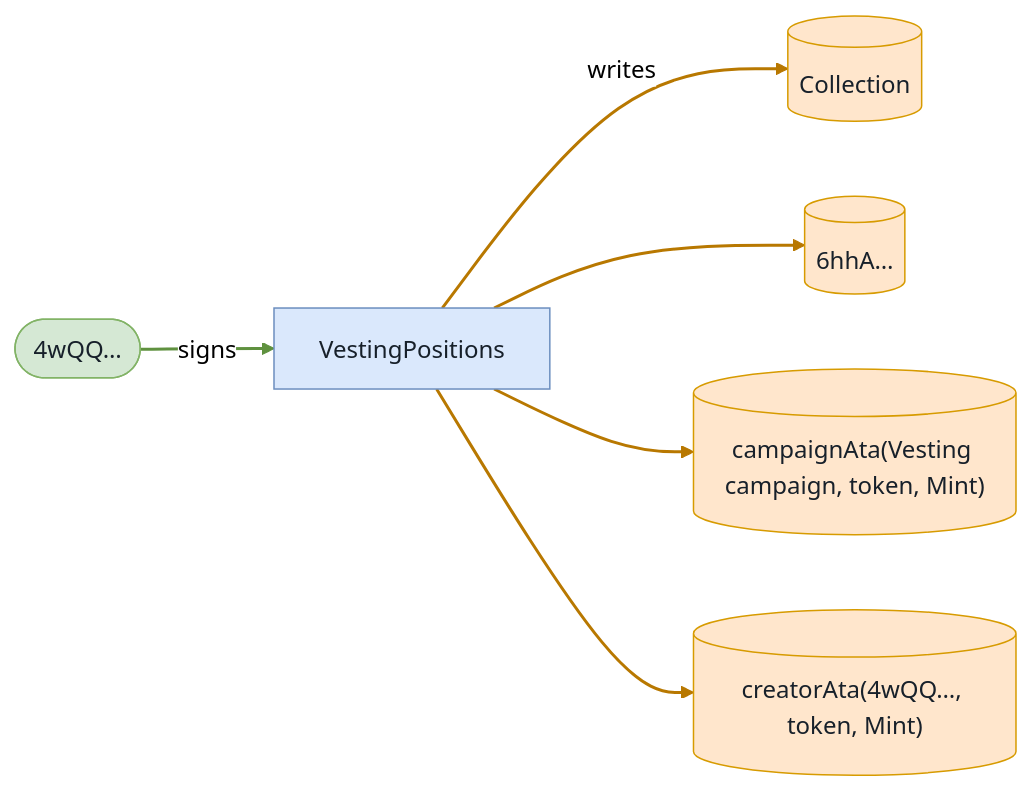
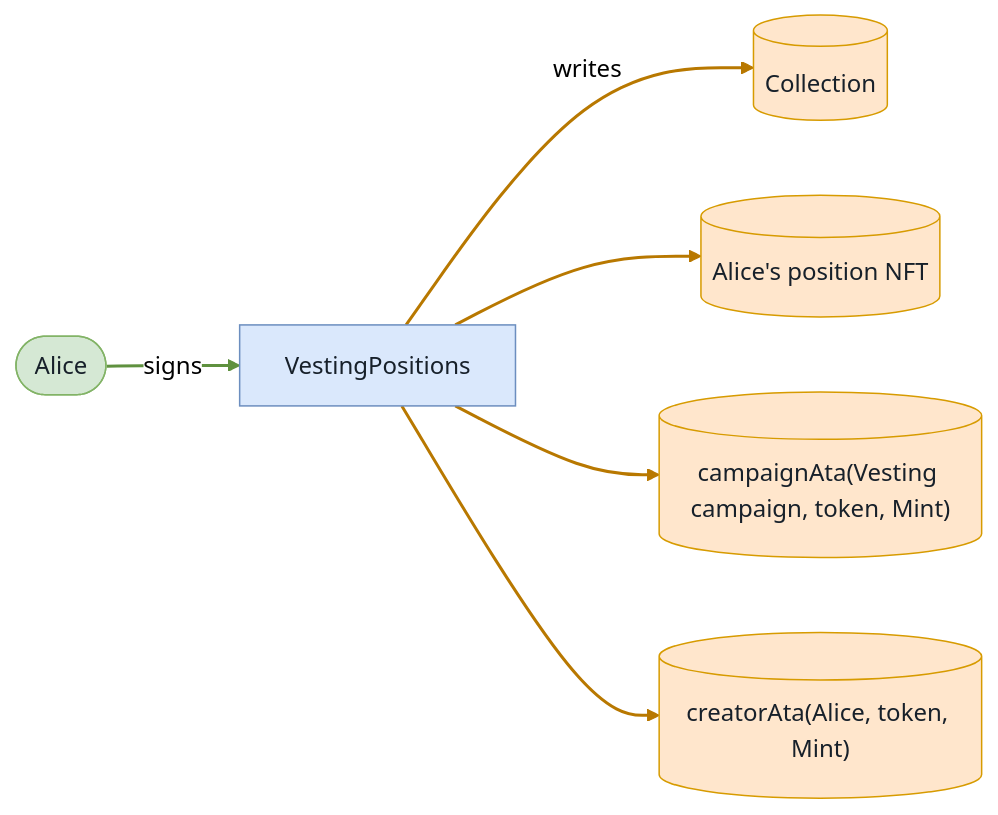
The eighth of 9 diagrams in babelfish-tests/test-report/clawback_requires_creator.md (cds-turbin3/vesting-position), drawn with Mermaid (neutral theme) before and after one commit. The commit also changed other lines of this file and 104 other files, not shown here.

````diff
--- a/babelfish-tests/test-report/clawback_requires_creator.md
+++ b/babelfish-tests/test-report/clawback_requires_creator.md
@@ -392,19 +392,19 @@
 ```mermaid
 flowchart LR
     VestingPositions["VestingPositions"]:::program
-    n4wQQ(["4wQQ…"]):::signer
+    Alice(["Alice"]):::signer
     Collection[("Collection")]:::state
-    n6hhA[("6hhA…")]:::state
+    AlicespositionNFT[("Alice's position NFT")]:::state
     campaignAtaVestingcampaigntokenMint[("campaignAta(Vesting campaign, token, Mint)")]:::state
-    creatorAta4wQQtokenMint[("creatorAta(4wQQ…, token, Mint)")]:::state
-    n4wQQ -->|signs| VestingPositions
+    creatorAtaAlicetokenMint[("creatorAta(Alice, token, Mint)")]:::state
+    Alice -->|signs| VestingPositions
     VestingPositions -->|writes| Collection
-    VestingPositions --> n6hhA
+    VestingPositions --> AlicespositionNFT
     VestingPositions --> campaignAtaVestingcampaigntokenMint
-    VestingPositions --> creatorAta4wQQtokenMint
+    VestingPositions --> creatorAtaAlicetokenMint
     classDef program fill:#dae8fc,stroke:#6c8ebf,color:#17202a;
     classDef signer fill:#d5e8d4,stroke:#82b366,color:#17202a;
     classDef state fill:#ffe6cc,stroke:#d79b00,color:#17202a;
     linkStyle 0 stroke:#5f913f,stroke-width:2px
     linkStyle 1,2,3,4 stroke:#b87800,stroke-width:2px
 ```
````
